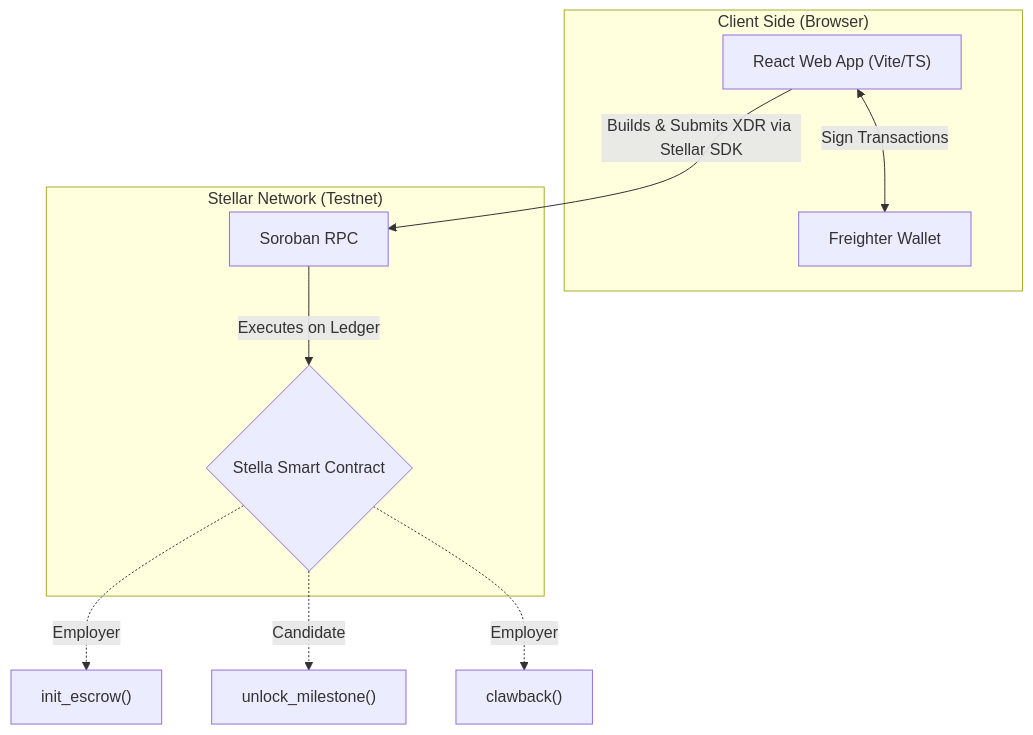
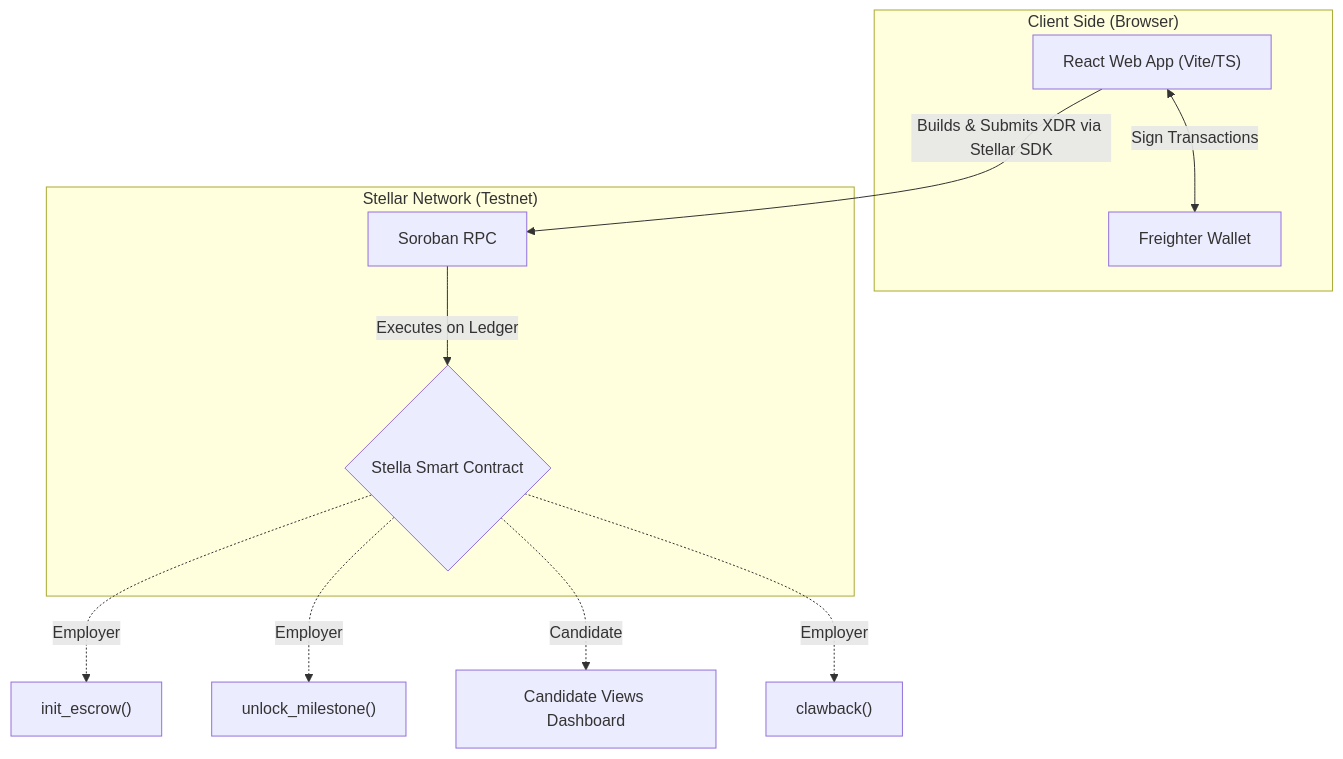
One commit to delatorrecj/stellar changed the diagram in README.md. Above: the diagram before and after it, drawn with Mermaid. The commit also changed other lines of this file, not shown here.

Commit message:
docs: finalize architecture diagrams and update contract ID in README

````diff
--- a/README.md
+++ b/README.md
@@ -32,18 +32,19 @@
 ```mermaid
 graph TD
     subgraph Client ["Client Side (Browser)"]
         UI["React Web App (Vite/TS)"] <--> |"Sign Transactions"| W["Freighter Wallet"]
     end
 
     subgraph Stellar ["Stellar Network (Testnet)"]
         RPC["Soroban RPC"]
         SC{"Stella Smart Contract"}
     end
 
     UI --> |"Builds & Submits XDR via Stellar SDK"| RPC
     RPC --> |"Executes on Ledger"| SC
 
     SC -.-> |"Employer"| Init["init_escrow()"]
-    SC -.-> |"Candidate"| Unlock["unlock_milestone()"]
+    SC -.-> |"Employer"| Unlock["unlock_milestone()"]
+    SC -.-> |"Candidate"| Read["Candidate Views Dashboard"]
     SC -.-> |"Employer"| Clawback["clawback()"]
 ```
````
